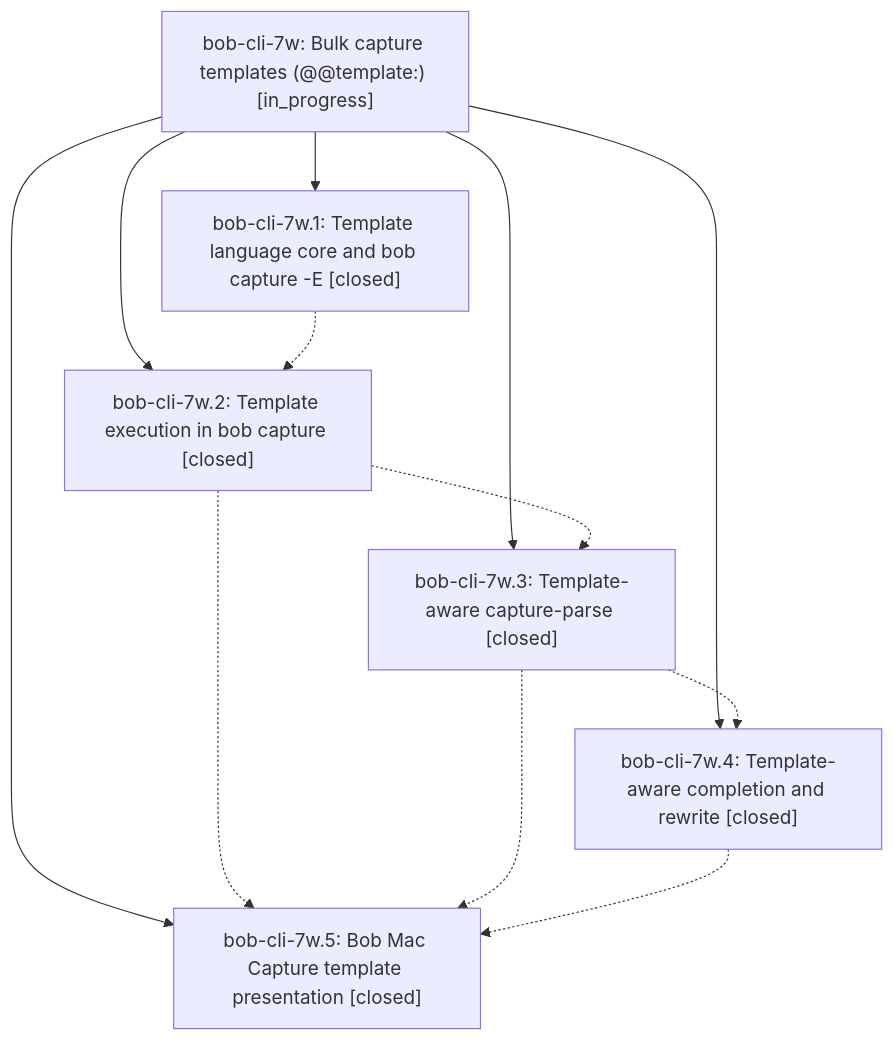
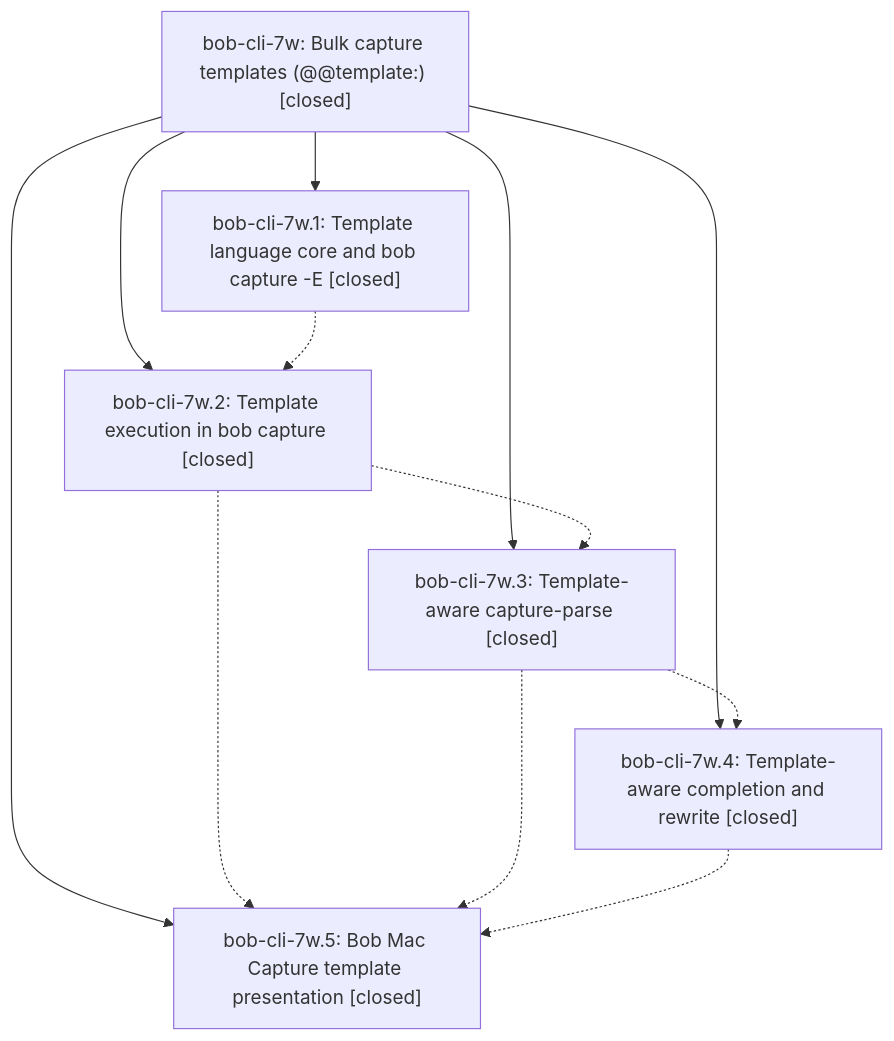
One commit to bobs-org/bob-cli--beads changed the diagram in pages/bob-cli-7w/README.md. Above: the diagram before and after it, drawn with Mermaid. The commit also changed other lines of this file and 1 other file, not shown here.

First line of the commit message:
chore(beads): sync bead state and pages for bob-cli-7w

````diff
--- a/pages/bob-cli-7w/README.md
+++ b/pages/bob-cli-7w/README.md
@@ -42,20 +52,20 @@
 ```mermaid
 flowchart TD
-    n0["bob-cli-7w: Bulk capture templates (@@template:) [in_progress]"]
+    n0["bob-cli-7w: Bulk capture templates (@@template:) [closed]"]
     n1["bob-cli-7w.1: Template language core and bob capture -E [closed]"]
     n2["bob-cli-7w.2: Template execution in bob capture [closed]"]
     n3["bob-cli-7w.3: Template-aware capture-parse [closed]"]
     n4["bob-cli-7w.4: Template-aware completion and rewrite [closed]"]
     n5["bob-cli-7w.5: Bob Mac Capture template presentation [closed]"]
     n0 --> n1
     n0 --> n2
     n0 --> n3
     n0 --> n4
     n0 --> n5
     n1 -.-> n2
     n2 -.-> n3
     n2 -.-> n5
     n3 -.-> n4
     n3 -.-> n5
     n4 -.-> n5
 ```
````
